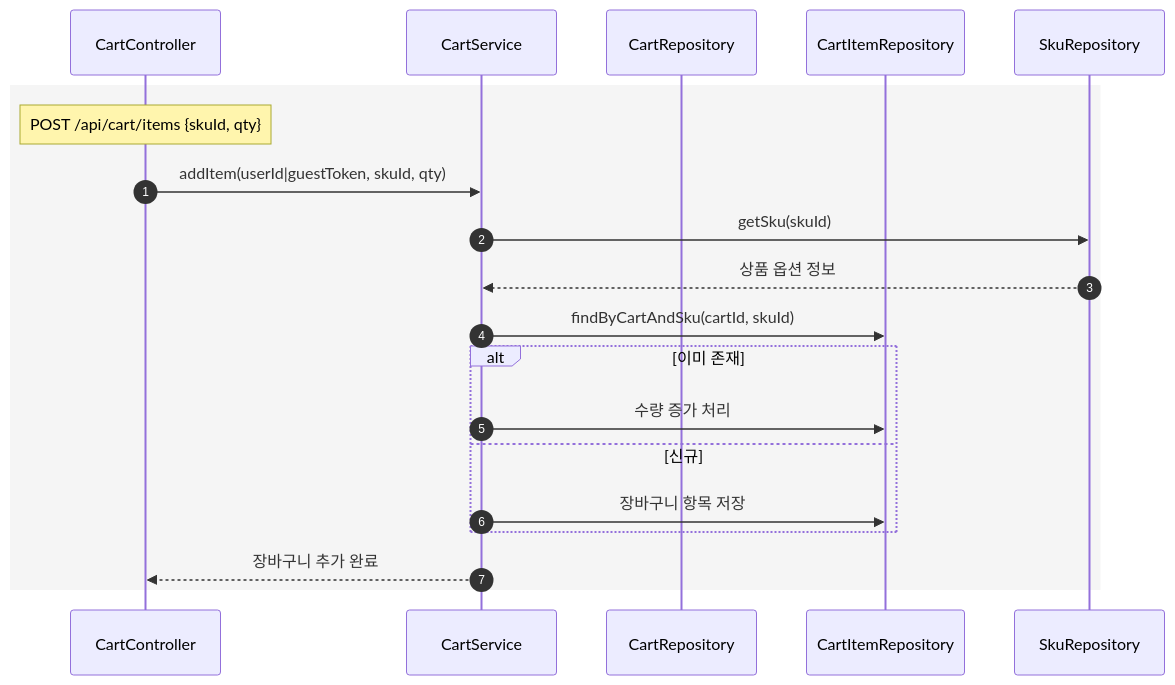
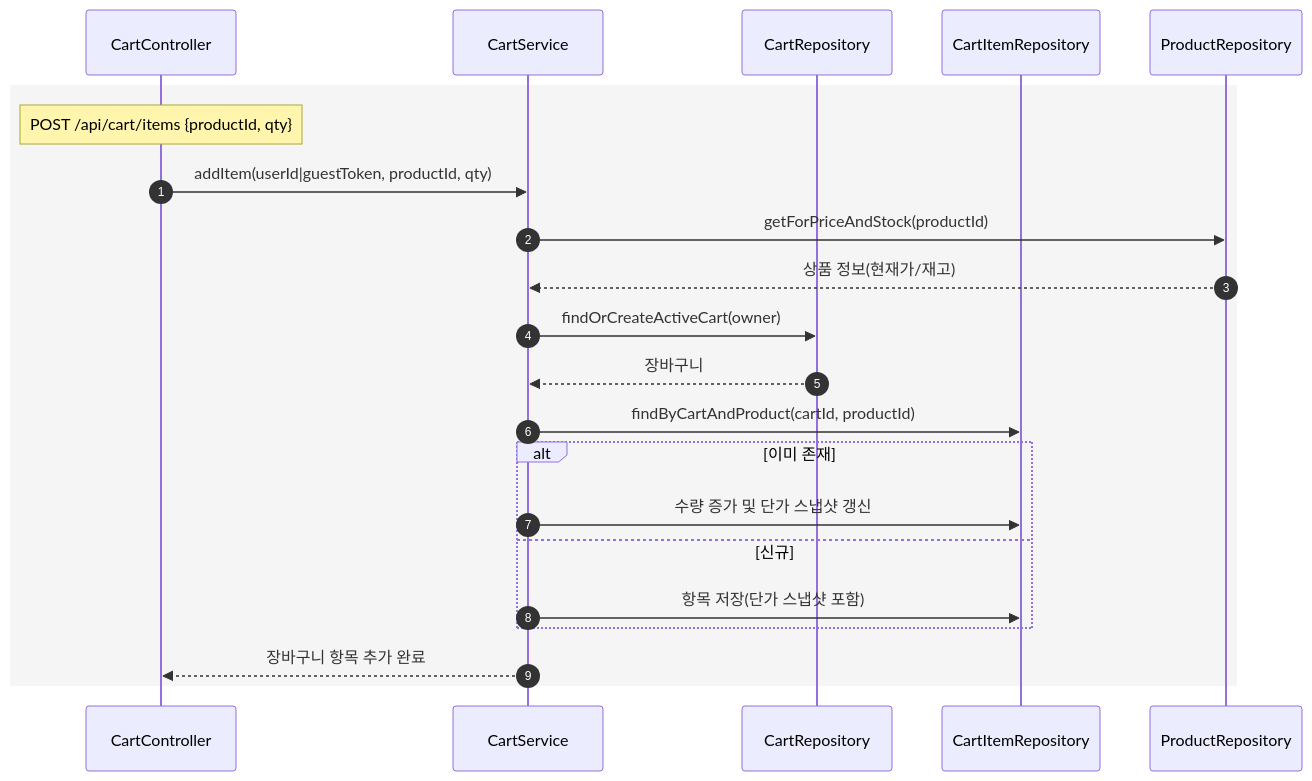
Before and after one commit to namuneo/hh_plus_week2: the fourth of 9 diagrams in docs/sequenceDiagram.md, drawn with Mermaid. The commit also changed other lines of this file and 12 other files, not shown here.

````diff
--- a/docs/sequenceDiagram.md
+++ b/docs/sequenceDiagram.md
@@ -70,24 +68,26 @@
 ```mermaid
 sequenceDiagram
     autonumber
     participant CC as CartController
     participant CS as CartService
     participant CR as CartRepository
     participant CIR as CartItemRepository
-    participant SR as SkuRepository
+    participant PR as ProductRepository
 
     rect rgb(245,245,245)
-        Note over CC: POST /api/cart/items {skuId, qty}
-        CC->>CS: addItem(userId|guestToken, skuId, qty)
-        CS->>SR: getSku(skuId)
-        SR-->>CS: 상품 옵션 정보
-        CS->>CIR: findByCartAndSku(cartId, skuId)
+        Note over CC: POST /api/cart/items {productId, qty}
+        CC->>CS: addItem(userId|guestToken, productId, qty)
+        CS->>PR: getForPriceAndStock(productId)
+        PR-->>CS: 상품 정보(현재가/재고)
+        CS->>CR: findOrCreateActiveCart(owner)
+        CR-->>CS: 장바구니
+        CS->>CIR: findByCartAndProduct(cartId, productId)
         alt 이미 존재
-            CS->>CIR: 수량 증가 처리
+            CS->>CIR: 수량 증가 및 단가 스냅샷 갱신
         else 신규
-            CS->>CIR: 장바구니 항목 저장
+            CS->>CIR: 항목 저장(단가 스냅샷 포함)
         end
-        CS-->>CC: 장바구니 추가 완료
+        CS-->>CC: 장바구니 항목 추가 완료
     end
 
 ```
````
